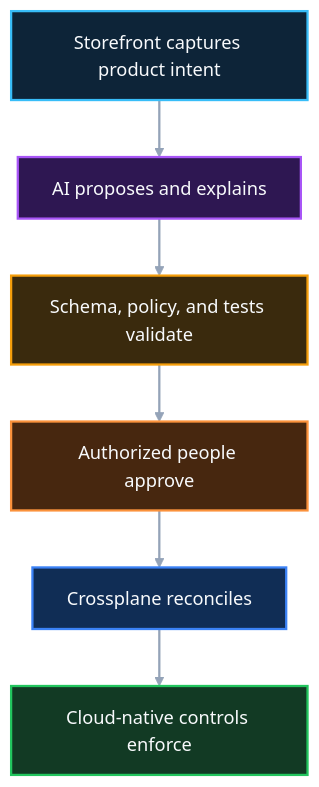
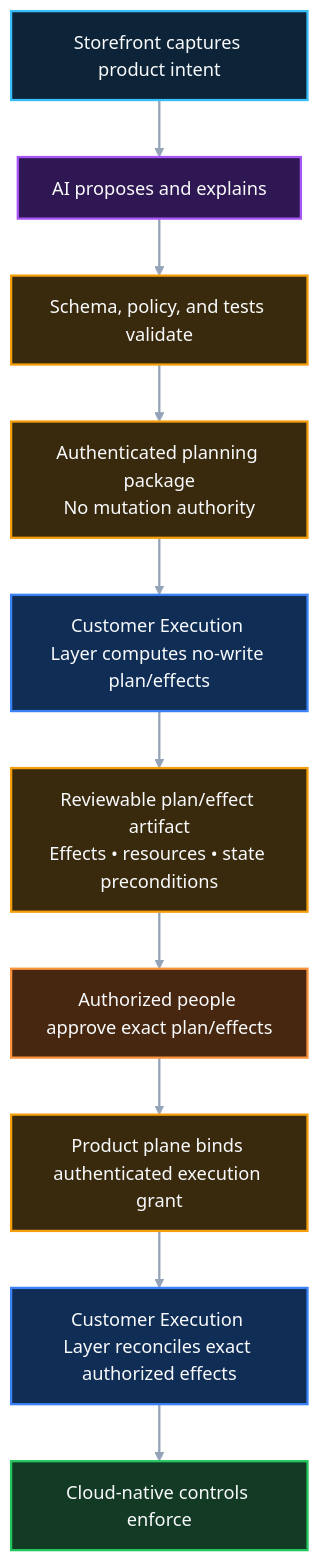
One commit to InfrastructureProductWorks/ai-powered-infrastructure-as-a-product changed the second of 7 diagrams in README.md. Above: the diagram before and after it, drawn with Mermaid. The commit also changed other lines of this file and 19 other files, not shown here.

First line of the commit message:
docs: define customer execution layer and government security profile (#170)

````diff
--- a/README.md
+++ b/README.md
@@ -251,22 +258,26 @@
 ```mermaid
 flowchart TB
   S[Storefront captures product intent] --> A[AI proposes and explains]
   A --> D[Schema, policy, and tests validate]
-  D --> H[Authorized people approve]
-  H --> X[Crossplane reconciles]
+  D --> Q[Authenticated planning package\nNo mutation authority]
+  Q --> L[Customer Execution Layer computes no-write plan/effects]
+  L --> R[Reviewable plan/effect artifact\nEffects • resources • state preconditions]
+  R --> H[Authorized people approve exact plan/effects]
+  H --> P[Product plane binds authenticated execution grant]
+  P --> X[Customer Execution Layer reconciles exact authorized effects]
   X --> C[Cloud-native controls enforce]
 
   classDef experience fill:#0D2438,stroke:#38BDF8,stroke-width:2px,color:#F8FAFC
   classDef intelligence fill:#2E1752,stroke:#A855F7,stroke-width:2px,color:#F8FAFC
   classDef governance fill:#3A2A0D,stroke:#F59E0B,stroke-width:2px,color:#F8FAFC
   classDef human fill:#47270F,stroke:#FB923C,stroke-width:2px,color:#F8FAFC
   classDef control fill:#102D55,stroke:#3B82F6,stroke-width:2px,color:#F8FAFC
   classDef enforcement fill:#123A24,stroke:#22C55E,stroke-width:2px,color:#F8FAFC
   class S experience
   class A intelligence
-  class D governance
+  class D,Q,R,P governance
   class H human
-  class X control
+  class L,X control
   class C enforcement
   linkStyle default stroke:#94A3B8,stroke-width:2px
 ```
````
